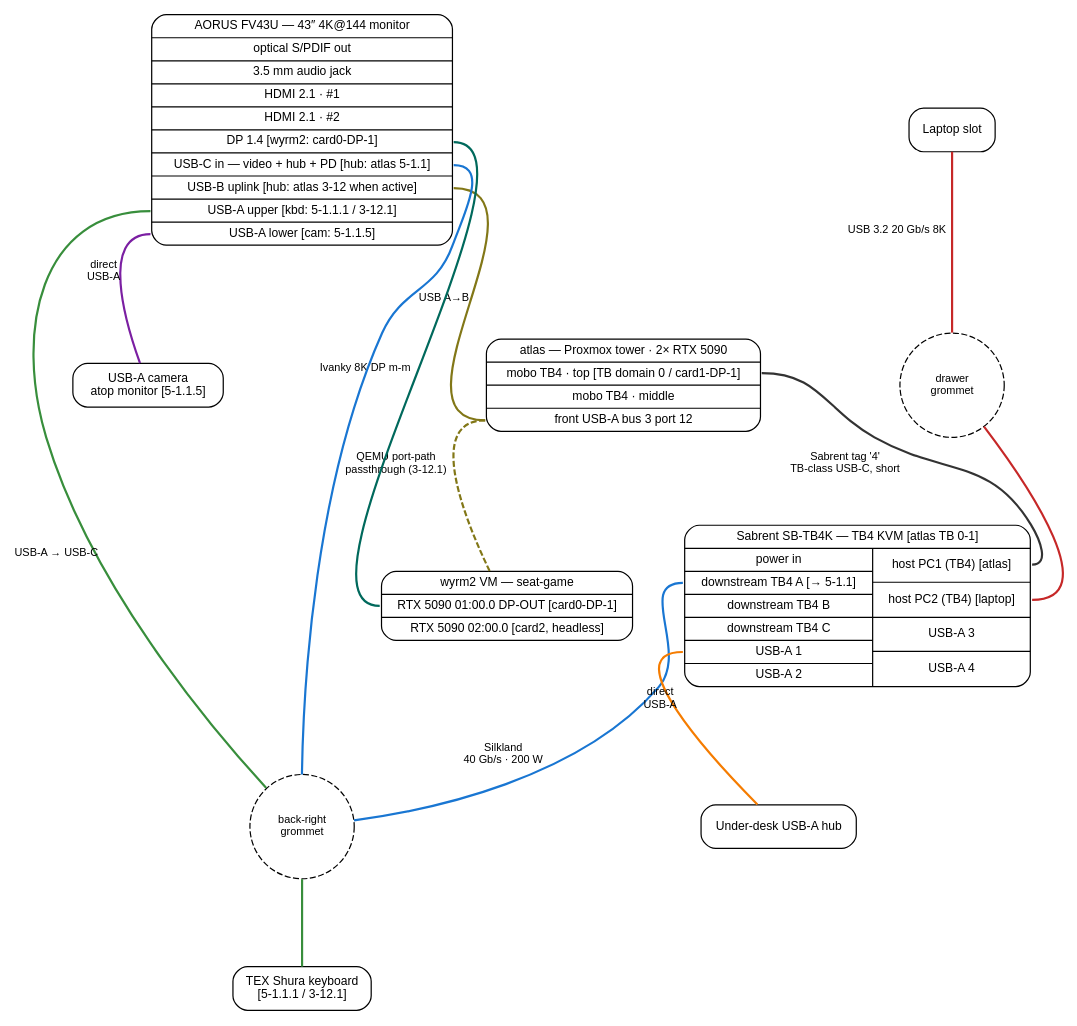
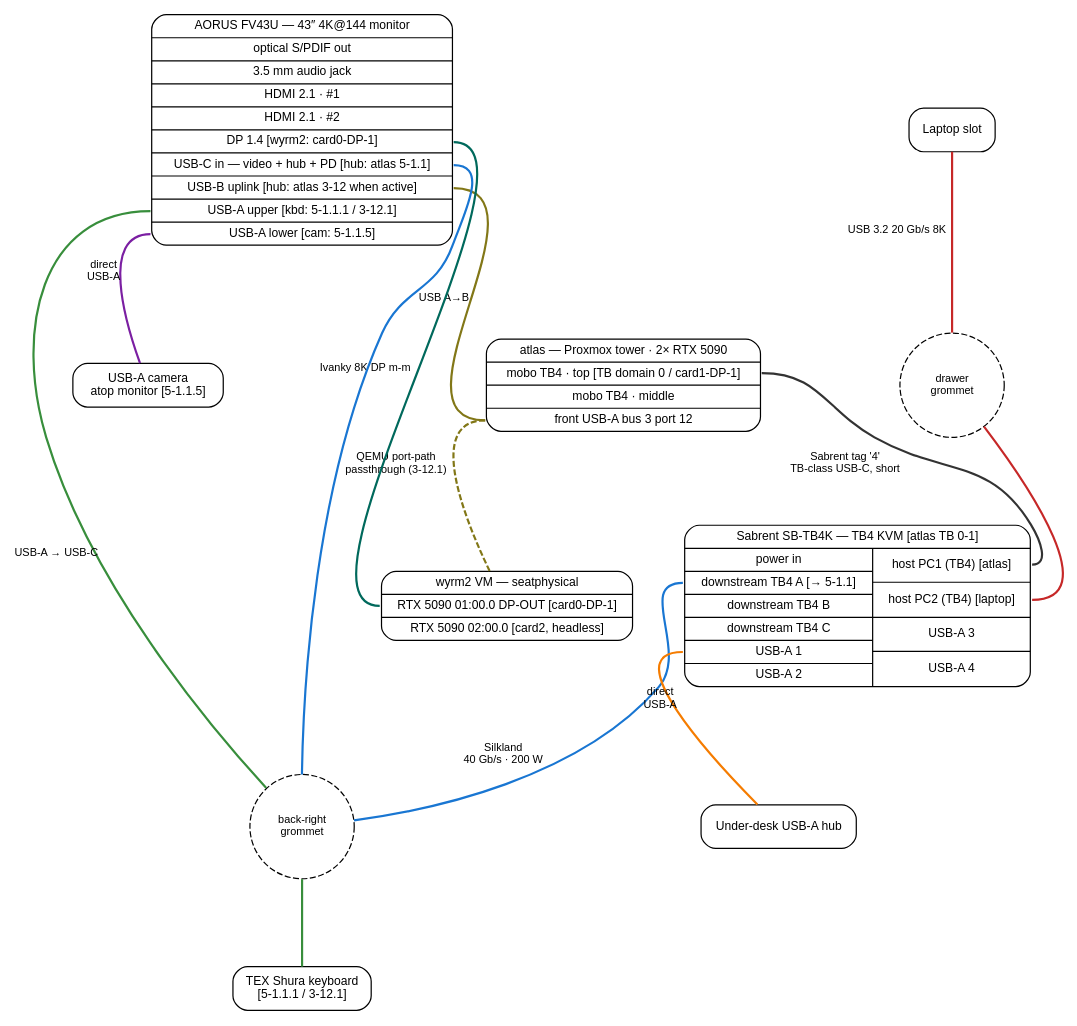
One commit to agentydragon-agent/ducktape changed the diagram in desk/wiring_schematic.dot. Above: the diagram before and after it, drawn with Graphviz. The commit also changed 5 other files, not shown here.

Commit message:
wyrm2: SDDM multiseat — seatphysical rename + logind debug (diagnosis/prep) (#3290)

```diff
--- a/desk/wiring_schematic.dot
+++ b/desk/wiring_schematic.dot
@@ -1,40 +1,40 @@
 digraph desk_wiring {
     graph [fontname="Helvetica", nodesep=0.6, ranksep=1.0];
     node  [shape=Mrecord, fontname="Helvetica", fontsize=10];
     edge  [fontname="Helvetica", fontsize=9, penwidth=1.8, dir=none];
 
     monitor [label="{ AORUS FV43U — 43″ 4K@144 monitor | <spdif> optical S/PDIF out | <audio> 3.5 mm audio jack | <hdmi1> HDMI 2.1 · #1 | <hdmi2> HDMI 2.1 · #2 | <dp> DP 1.4 [wyrm2: card0-DP-1] | <usbc> USB-C in — video + hub + PD [hub: atlas 5-1.1] | <usbb> USB-B uplink [hub: atlas 3-12 when active] | <hi> USB-A upper [kbd: 5-1.1.1 / 3-12.1] | <lo> USB-A lower [cam: 5-1.1.5] }"];
 
     // KVM: header row, then two vertical columns side by side (peripheral / host)
     kvm [label="{ Sabrent SB-TB4K — TB4 KVM [atlas TB 0-1] | { { <pwr> power in | <ds_a> downstream TB4 A [→ 5-1.1] | <ds_b> downstream TB4 B | <ds_c> downstream TB4 C | <usba1> USB-A 1 | <usba2> USB-A 2 } | { <pc1> host PC1 (TB4) [atlas] | <pc2> host PC2 (TB4) [laptop] | <usba3> USB-A 3 | <usba4> USB-A 4 } } }"];
 
     atlas [label="{ atlas — Proxmox tower · 2× RTX 5090 | <tb_top> mobo TB4 · top [TB domain 0 / card1-DP-1] | <tb_mid> mobo TB4 · middle | <usba_front> front USB-A bus 3 port 12 }"];
 
-    wyrm2 [label="{ wyrm2 VM — seat-game | <dp_out> RTX 5090 01:00.0 DP-OUT [card0-DP-1] | <gpu1> RTX 5090 02:00.0 [card2, headless] }"];
+    wyrm2 [label="{ wyrm2 VM — seatphysical | <dp_out> RTX 5090 01:00.0 DP-OUT [card0-DP-1] | <gpu1> RTX 5090 02:00.0 [card2, headless] }"];
 
     laptop [label="Laptop slot"];
 
     g_backright [shape=circle, style=dashed, label="back-right\ngrommet", fontsize=9, width=1.2, height=1.2];
     g_drawer    [shape=circle, style=dashed, label="drawer\ngrommet",    fontsize=9, width=1.2, height=1.2];
 
     cam [label="USB-A camera\natop monitor [5-1.1.5]"];
     kbd [label="TEX Shura keyboard\n[5-1.1.1 / 3-12.1]"];
     hub [label="Under-desk USB-A hub"];
 
     // xlabel keeps labels near edges without forcing the router to bend
     // cables around them.
     atlas:tb_top -> kvm:pc1 [xlabel="Sabrent tag '4'\nTB-class USB-C, short", color="#333333"];
     laptop -> g_drawer      [xlabel="USB 3.2 20 Gb/s 8K", color="#c62828"];
     g_drawer -> kvm:pc2     [color="#c62828"];
     kvm:ds_a -> g_backright [xlabel="Silkland\n40 Gb/s · 200 W", color="#1976d2"];
     g_backright -> monitor:usbc [color="#1976d2"];
     kvm:usba1 -> hub        [xlabel="direct\nUSB-A", color="#f57c00"];
     monitor:hi -> g_backright [xlabel="USB-A → USB-C", color="#388e3c"];
     g_backright -> kbd      [color="#388e3c"];
     monitor:lo -> cam       [xlabel="direct\nUSB-A", color="#7b1fa2"];
 
     // Gaming display path (Plan A rev 2 — wired 2026-07-05)
     wyrm2:dp_out -> monitor:dp [xlabel="Ivanky 8K DP m-m", color="#00695c"];
     monitor:usbb -> atlas:usba_front [xlabel="USB A→B", color="#827717"];
     atlas:usba_front -> wyrm2 [xlabel="QEMU port-path\npassthrough (3-12.1)", color="#827717", style=dashed];
 }
```
